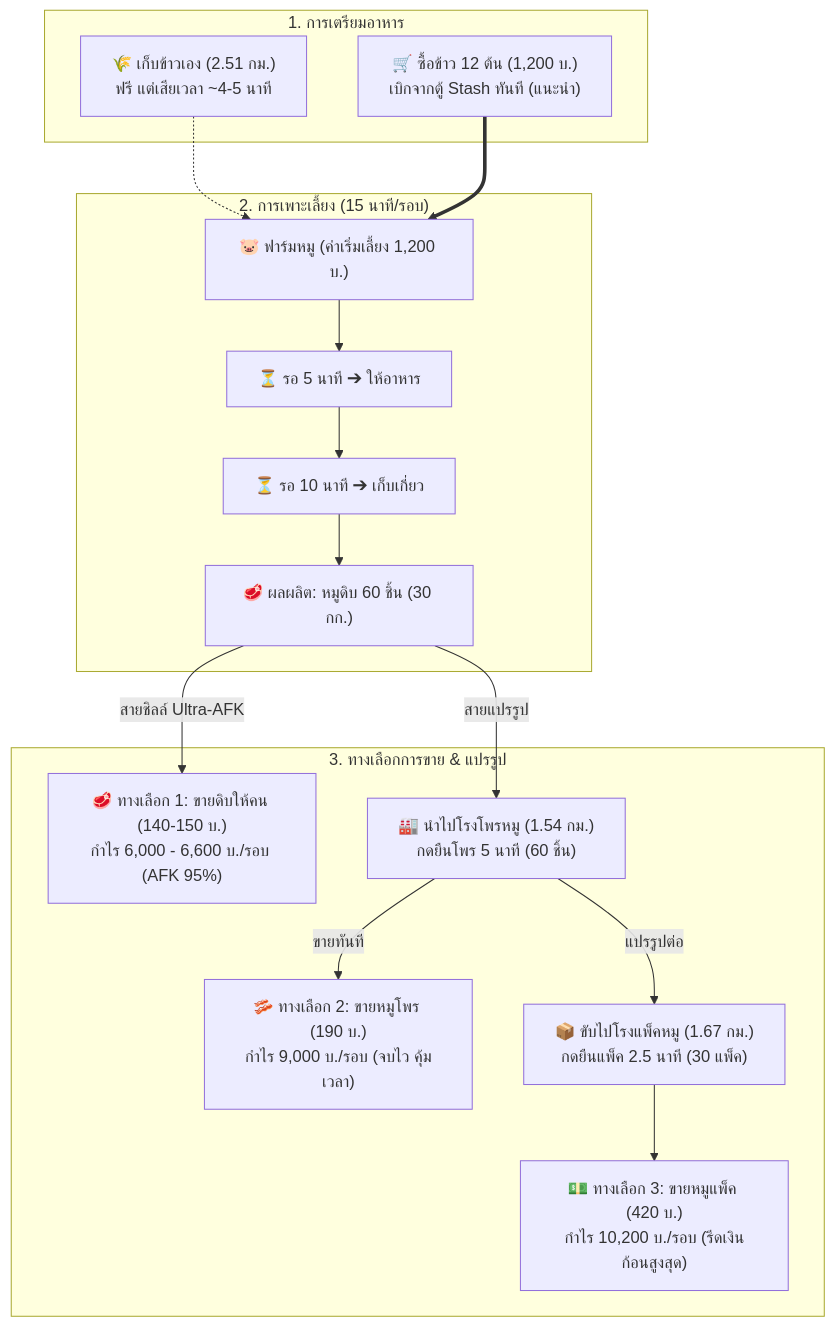
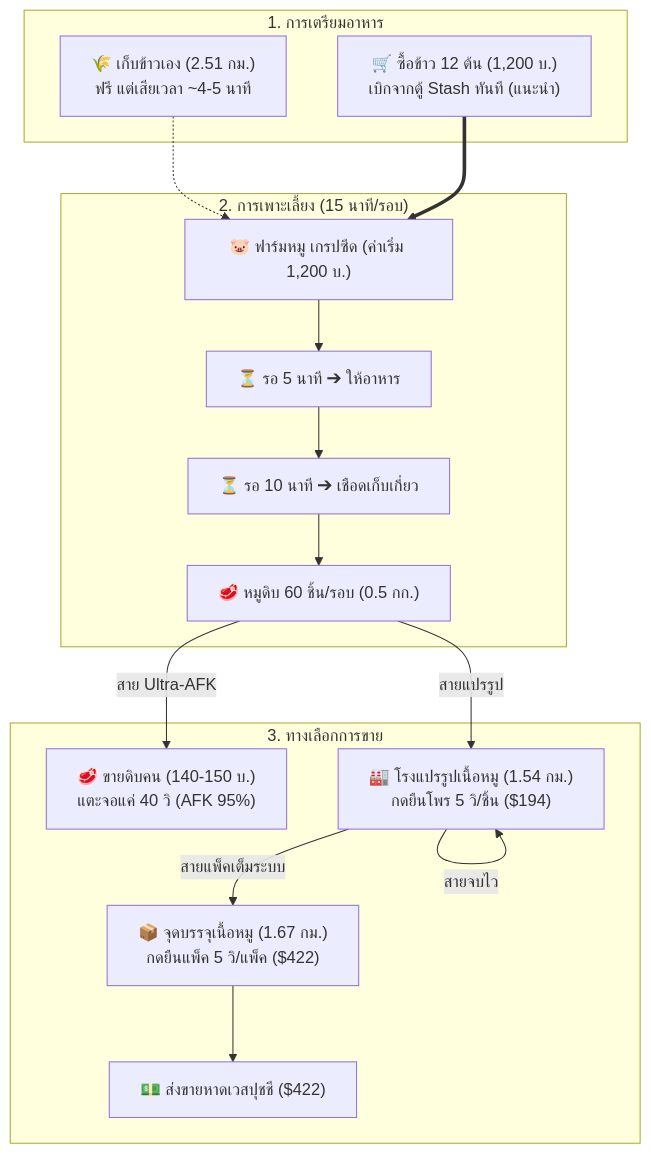
The diagram in docs/PORK_FARMING_MASTER_GUIDE.md (MatTew-png/runtown-wiki), drawn with Mermaid before and after one commit. The commit also changed other lines of this file and 3 other files, not shown here.

Commit message:
docs: add 60kg, 120kg, and 150kg vehicle classes to both Pork and Flower master guides

````diff
--- a/docs/PORK_FARMING_MASTER_GUIDE.md
+++ b/docs/PORK_FARMING_MASTER_GUIDE.md
@@ -217,30 +154,29 @@
 ```mermaid
 flowchart TD
     subgraph Sourcing ["1. การเตรียมอาหาร"]
         A1["🌾 เก็บข้าวเอง (2.51 กม.)<br/>ฟรี แต่เสียเวลา ~4-5 นาที"]
         A2["🛒 ซื้อข้าว 12 ต้น (1,200 บ.)<br/>เบิกจากตู้ Stash ทันที (แนะนำ)"]
     end
 
     subgraph Breeding ["2. การเพาะเลี้ยง (15 นาที/รอบ)"]
-        B["🐷 ฟาร์มหมู (ค่าเริ่มเลี้ยง 1,200 บ.)"]
+        B["🐷 ฟาร์มหมู เกรปซีด (ค่าเริ่ม 1,200 บ.)"]
         C["⏳ รอ 5 นาที ➔ ให้อาหาร"]
-        D["⏳ รอ 10 นาที ➔ เก็บเกี่ยว"]
-        E["🥩 ผลผลิต: หมูดิบ 60 ชิ้น (30 กก.)"]
+        D["⏳ รอ 10 นาที ➔ เชือดเก็บเกี่ยว"]
+        E["🥩 หมูดิบ 60 ชิ้น/รอบ (0.5 กก.)"]
     end
 
-    subgraph Choices ["3. ทางเลือกการขาย & แปรรูป"]
-        Choice1["🥩 ทางเลือก 1: ขายดิบให้คน (140-150 บ.)<br/>กำไร 6,000 - 6,600 บ./รอบ (AFK 95%)"]
-        Choice2["🏭 นำไปโรงโพรหมู (1.54 กม.)<br/>กดยืนโพร 5 นาที (60 ชิ้น)"]
-        Choice2Sale["🥓 ทางเลือก 2: ขายหมูโพร (190 บ.)<br/>กำไร 9,000 บ./รอบ (จบไว คุ้มเวลา)"]
-        Choice3["📦 ขับไปโรงแพ็คหมู (1.67 กม.)<br/>กดยืนแพ็ค 2.5 นาที (30 แพ็ค)"]
-        Choice3Sale["💵 ทางเลือก 3: ขายหมูแพ็ค (420 บ.)<br/>กำไร 10,200 บ./รอบ (รีดเงินก้อนสูงสุด)"]
+    subgraph Choices ["3. ทางเลือกการขาย"]
+        Choice1["🥩 ขายดิบคน (140-150 บ.)<br/>แตะจอแค่ 40 วิ (AFK 95%)"]
+        Choice2["🏭 โรงแปรรูปเนื้อหมู (1.54 กม.)<br/>กดยืนโพร 5 วิ/ชิ้น ($194)"]
+        Choice3["📦 จุดบรรจุเนื้อหมู (1.67 กม.)<br/>กดยืนแพ็ค 5 วิ/แพ็ค ($422)"]
+        Choice4["💵 ส่งขายหาดเวสปุชชี ($422)"]
     end
 
     A1 -.-> B
     A2 ==> B
     B --> C --> D --> E
-    E -->|"สายชิลล์ Ultra-AFK"| Choice1
+    E -->|"สาย Ultra-AFK"| Choice1
     E -->|"สายแปรรูป"| Choice2
-    Choice2 -->|"ขายทันที"| Choice2Sale
-    Choice2 -->|"แปรรูปต่อ"| Choice3 --> Choice3Sale
+    Choice2 -->|"สายจบไว"| Choice2
+    Choice2 -->|"สายแพ็คเต็มระบบ"| Choice3 --> Choice4
 ```
````
